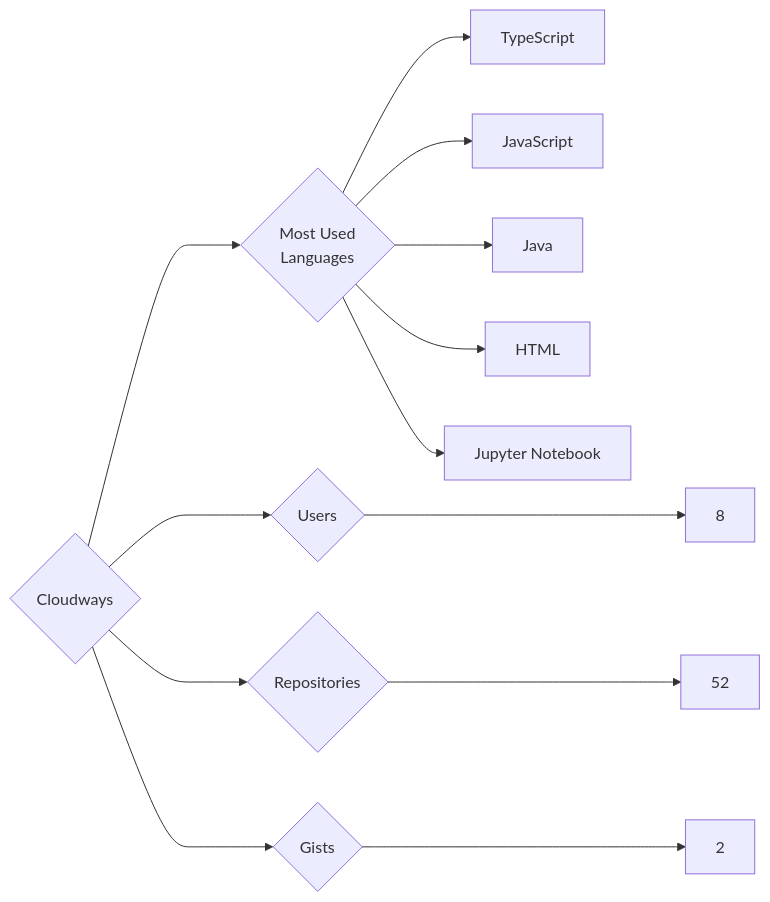
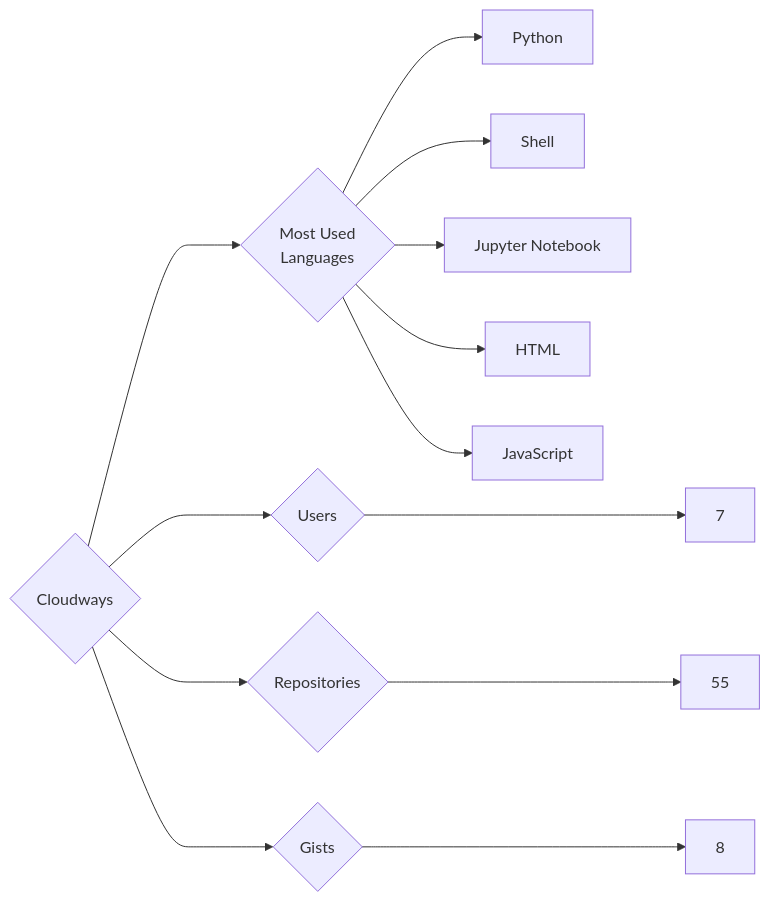
The diagram in targets/Cloudways/README.md (trickest/insiders), drawn with Mermaid before and after one commit. The commit also changed 935 other files, not shown here.

````diff
--- a/targets/Cloudways/README.md
+++ b/targets/Cloudways/README.md
@@ -3,13 +3,13 @@
 ```mermaid
 graph LR
 COMPANY_NAME{Cloudways}
-COMPANY_NAME ---> U{Users} ---> UN[8]
-COMPANY_NAME ---> R{Repositories} ---> RN[52]
-COMPANY_NAME ---> G{Gists} ---> GN[2]
+COMPANY_NAME ---> U{Users} ---> UN[7]
+COMPANY_NAME ---> R{Repositories} ---> RN[55]
+COMPANY_NAME ---> G{Gists} ---> GN[8]
 COMPANY_NAME ---> ML{Most Used<br>Languages}
-ML --> TypeScript[TypeScript]
+ML --> Python[Python]
+ML --> Shell[Shell]
+ML --> Jupyter_Notebook[Jupyter Notebook]
+ML --> HTML[HTML]
 ML --> JavaScript[JavaScript]
-ML --> Java[Java]
-ML --> HTML[HTML]
-ML --> Jupyter_Notebook[Jupyter Notebook]
 ```
````
